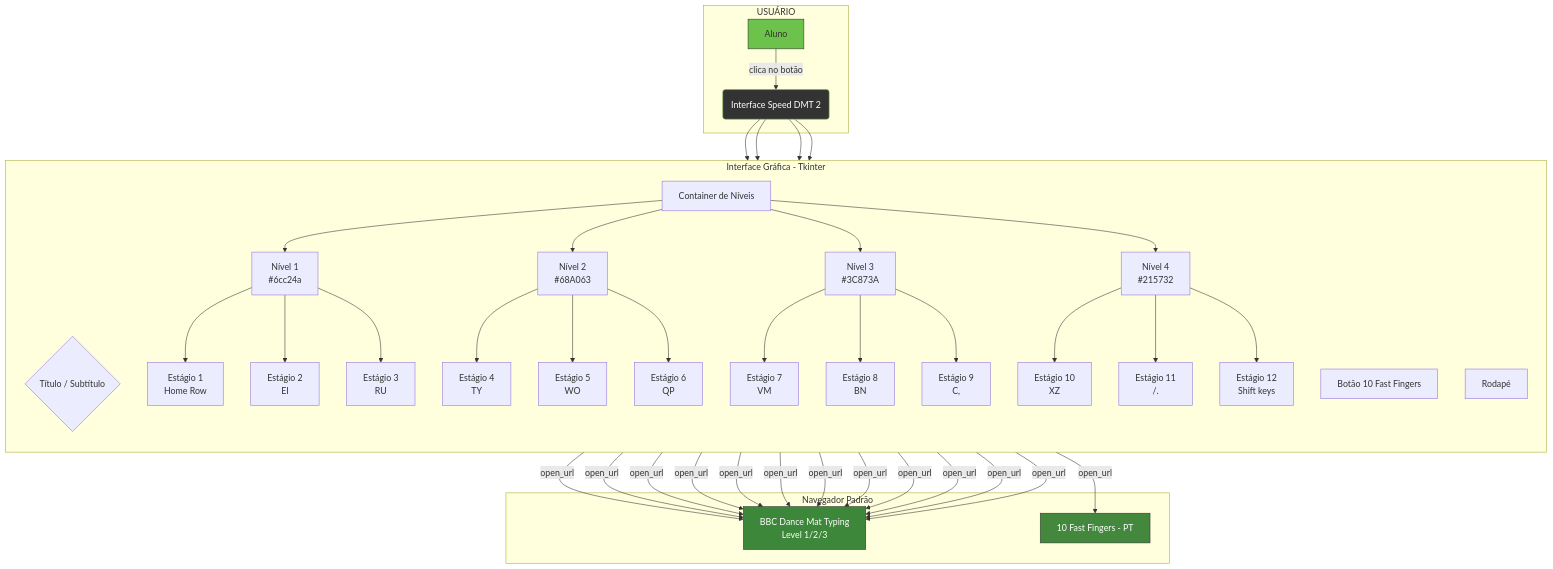
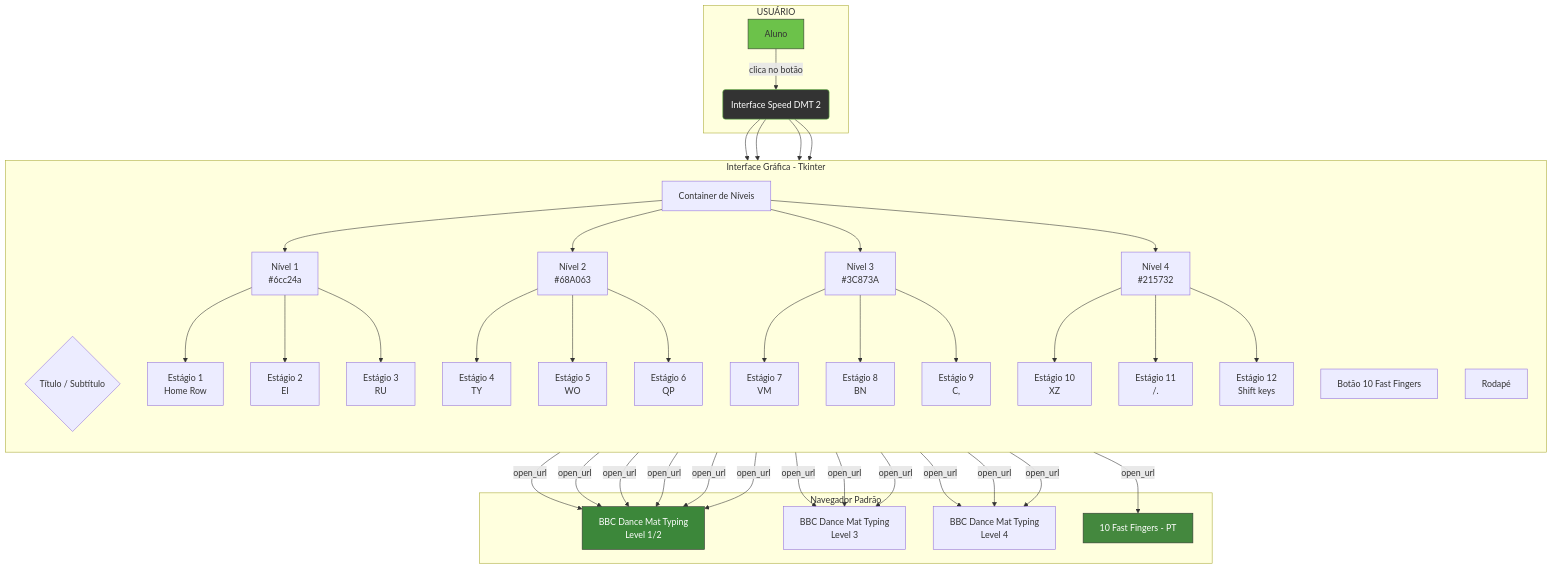
The diagram in DOCUMENTACAO.md (Helber-Carvalho/speedDMT), drawn with Mermaid before and after one commit. The commit also changed other lines of this file and 1 other file, not shown here.

````diff
--- a/DOCUMENTACAO.md
+++ b/DOCUMENTACAO.md
@@ -11,51 +11,53 @@
 ```mermaid
 flowchart TB
     subgraph USUÁRIO
         A[Aluno] -->|clica no botão| B(Interface Speed DMT 2)
     end
 
     subgraph INTERFACE [Interface Gráfica - Tkinter]
         direction TB
         B --> C{Título / Subtítulo}
         B --> D[Container de Níveis]
         B --> E[Botão 10 Fast Fingers]
         B --> F[Rodapé]
 
         D --> G[Nível 1<br/>#6cc24a]
         D --> H[Nível 2<br/>#68A063]
         D --> I[Nível 3<br/>#3C873A]
         D --> J[Nível 4<br/>#215732]
 
         G --> G1[Estágio 1<br/>Home Row]
         G --> G2[Estágio 2<br/>EI]
         G --> G3[Estágio 3<br/>RU]
 
         H --> H1[Estágio 4<br/>TY]
         H --> H2[Estágio 5<br/>WO]
         H --> H3[Estágio 6<br/>QP]
 
         I --> I1[Estágio 7<br/>VM]
         I --> I2[Estágio 8<br/>BN]
         I --> I3[Estágio 9<br/>C,]
 
         J --> J1[Estágio 10<br/>XZ]
         J --> J2[Estágio 11<br/>/.]
         J --> J3[Estágio 12<br/>Shift keys]
     end
 
     subgraph NAVEGADOR [Navegador Padrão]
-        K[BBC Dance Mat Typing<br/>Level 1/2/3]
+        K[BBC Dance Mat Typing<br/>Level 1/2]
+        M[BBC Dance Mat Typing<br/>Level 3]
+        N[BBC Dance Mat Typing<br/>Level 4]
         L[10 Fast Fingers - PT]
     end
 
     G1 & G2 & G3 -->|open_url| K
     H1 & H2 & H3 -->|open_url| K
-    I1 & I2 & I3 -->|open_url| K
-    J1 & J2 & J3 -->|open_url| K
+    I1 & I2 & I3 -->|open_url| M
+    J1 & J2 & J3 -->|open_url| N
     E -->|open_url| L
 
     style A fill:#6cc24a,color:#333,stroke:#333
     style B fill:#333333,color:#fff,stroke:#6cc24a
     style K fill:#3C873A,color:#fff,stroke:#333
     style L fill:#44883e,color:#fff,stroke:#333
 ```
````
